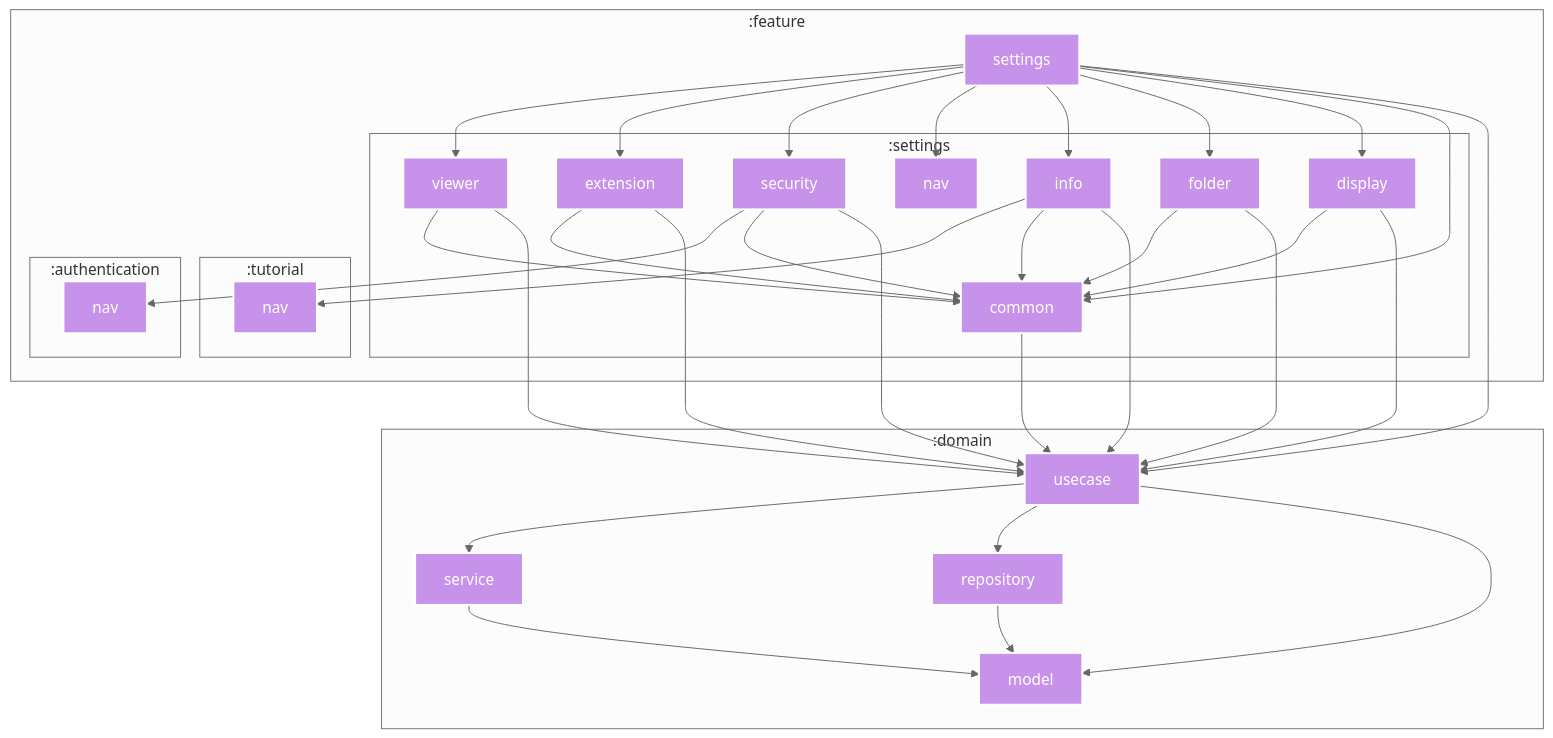
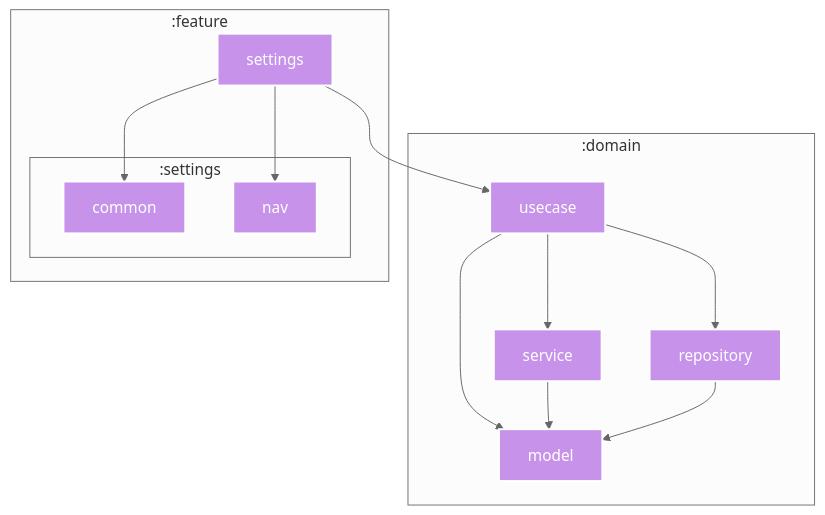
One commit to SorrowBlue/ComicViewer changed the diagram in feature/settings/README.md. Above: the diagram before and after it, drawn with Mermaid. The commit also changed other lines of this file and 75 other files, not shown here.

````diff
--- a/feature/settings/README.md
+++ b/feature/settings/README.md
@@ -107,87 +10,39 @@
 }%%
 
 graph TB
-  subgraph :feature
-    :feature:settings["settings"]
-    subgraph :settings
-      :feature:settings:viewer["viewer"]
-      :feature:settings:common["common"]
-      :feature:settings:folder["folder"]
-      :feature:settings:info["info"]
-      :feature:settings:extension["extension"]
-      :feature:settings:security["security"]
-      :feature:settings:display["display"]
-      :feature:settings:folder["folder"]
-      :feature:settings:info["info"]
-      :feature:settings:nav["nav"]
-      :feature:settings:security["security"]
-      :feature:settings:extension["extension"]
-      :feature:settings:viewer["viewer"]
-      :feature:settings:display["display"]
-      :feature:settings:common["common"]
-    end
-    subgraph :tutorial
-      :feature:tutorial:nav["nav"]
-    end
-    subgraph :authentication
-      :feature:authentication:nav["nav"]
-    end
-  end
   subgraph :domain
-    :domain:usecase["usecase"]
     :domain:usecase["usecase"]
     :domain:model["model"]
     :domain:repository["repository"]
     :domain:service["service"]
+    :domain:service["service"]
     :domain:repository["repository"]
-    :domain:service["service"]
+    :domain:usecase["usecase"]
+  end
+  subgraph :feature
+    :feature:settings["settings"]
+    subgraph :settings
+      :feature:settings:common["common"]
+      :feature:settings:nav["nav"]
+    end
   end
 
-  :feature:settings:viewer --> :domain:usecase
-  :feature:settings:viewer --> :feature:settings:common
-  :feature:settings:folder --> :domain:usecase
-  :feature:settings:folder --> :feature:settings:common
-  :feature:settings:info --> :domain:usecase
-  :feature:settings:info --> :feature:settings:common
-  :feature:settings:info --> :feature:tutorial:nav
   :domain:usecase --> :domain:model
   :domain:usecase --> :domain:repository
   :domain:usecase --> :domain:service
+  :domain:service --> :domain:model
   :domain:repository --> :domain:model
-  :feature:settings:extension --> :domain:usecase
-  :feature:settings:extension --> :feature:settings:common
-  :feature:settings:security --> :domain:usecase
-  :feature:settings:security --> :feature:settings:common
-  :feature:settings:security --> :feature:authentication:nav
   :feature:settings --> :domain:usecase
   :feature:settings --> :feature:settings:common
-  :feature:settings --> :feature:settings:display
-  :feature:settings --> :feature:settings:folder
-  :feature:settings --> :feature:settings:info
   :feature:settings --> :feature:settings:nav
-  :feature:settings --> :feature:settings:security
-  :feature:settings --> :feature:settings:extension
-  :feature:settings --> :feature:settings:viewer
-  :feature:settings:display --> :domain:usecase
-  :feature:settings:display --> :feature:settings:common
-  :domain:service --> :domain:model
-  :feature:settings:common --> :domain:usecase
 
 classDef kotlin-multiplatform fill:#C792EA,stroke:#fff,stroke-width:2px,color:#fff;
-class :feature:settings:viewer kotlin-multiplatform
 class :domain:usecase kotlin-multiplatform
-class :feature:settings:common kotlin-multiplatform
-class :feature:settings:folder kotlin-multiplatform
-class :feature:settings:info kotlin-multiplatform
-class :feature:tutorial:nav kotlin-multiplatform
 class :domain:model kotlin-multiplatform
 class :domain:repository kotlin-multiplatform
 class :domain:service kotlin-multiplatform
-class :feature:settings:extension kotlin-multiplatform
-class :feature:settings:security kotlin-multiplatform
-class :feature:authentication:nav kotlin-multiplatform
 class :feature:settings kotlin-multiplatform
-class :feature:settings:display kotlin-multiplatform
+class :feature:settings:common kotlin-multiplatform
 class :feature:settings:nav kotlin-multiplatform
 
 ```
````
